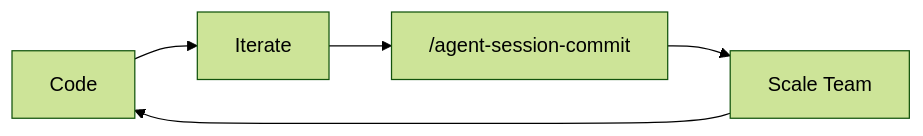
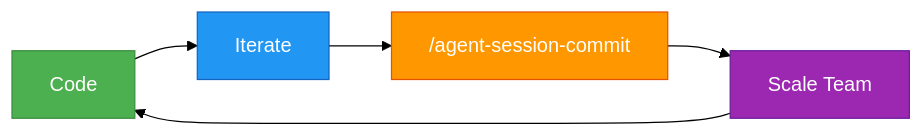
Before and after one commit to Olshansk/agent-session-commit: the first of 2 diagrams in README.md, drawn with Mermaid (forest theme). The commit also changed other lines of this file, not shown here.

````diff
--- a/README.md
+++ b/README.md
@@ -7,7 +9,12 @@
 ```mermaid
 graph LR
-    A[Code] --> B[Iterate]
-    B --> C["/agent-session-commit"]
-    C --> D[Scale Team]
+    A[Code]:::code --> B[Iterate]:::iterate
+    B --> C["/agent-session-commit"]:::commit
+    C --> D[Scale Team]:::scale
     D --> A
+
+    classDef code fill:#4CAF50,color:#fff,stroke:#388E3C
+    classDef iterate fill:#2196F3,color:#fff,stroke:#1565C0
+    classDef commit fill:#FF9800,color:#fff,stroke:#E65100
+    classDef scale fill:#9C27B0,color:#fff,stroke:#6A1B9A
 ```
````
